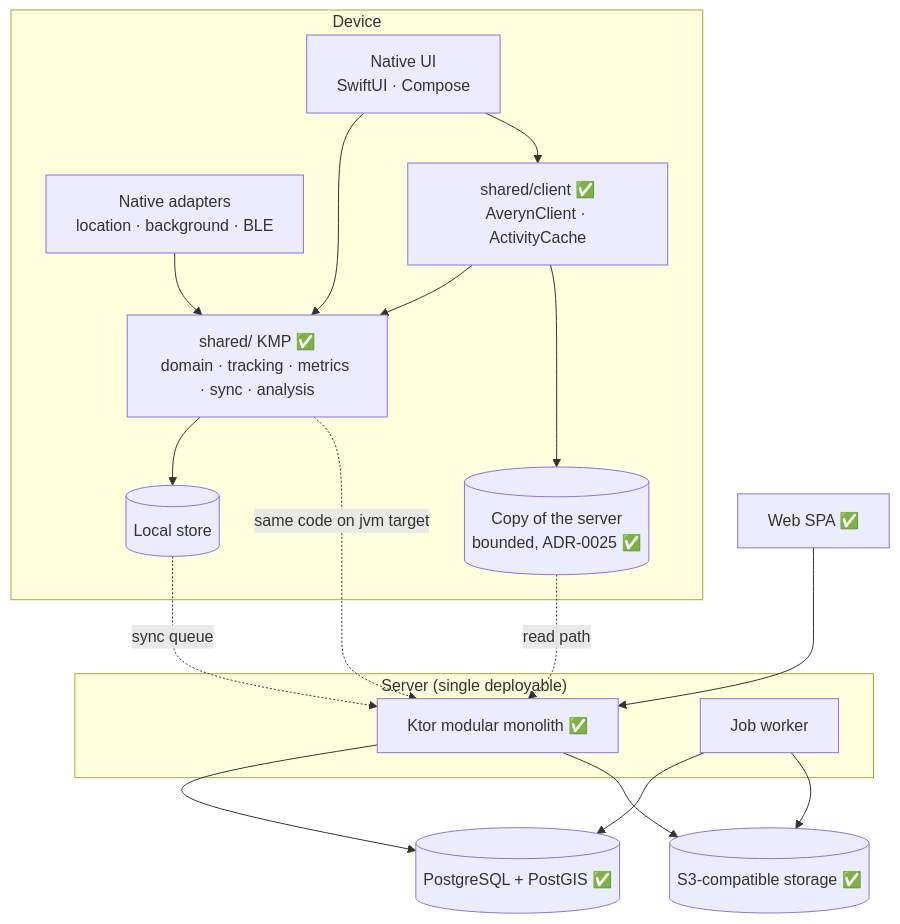
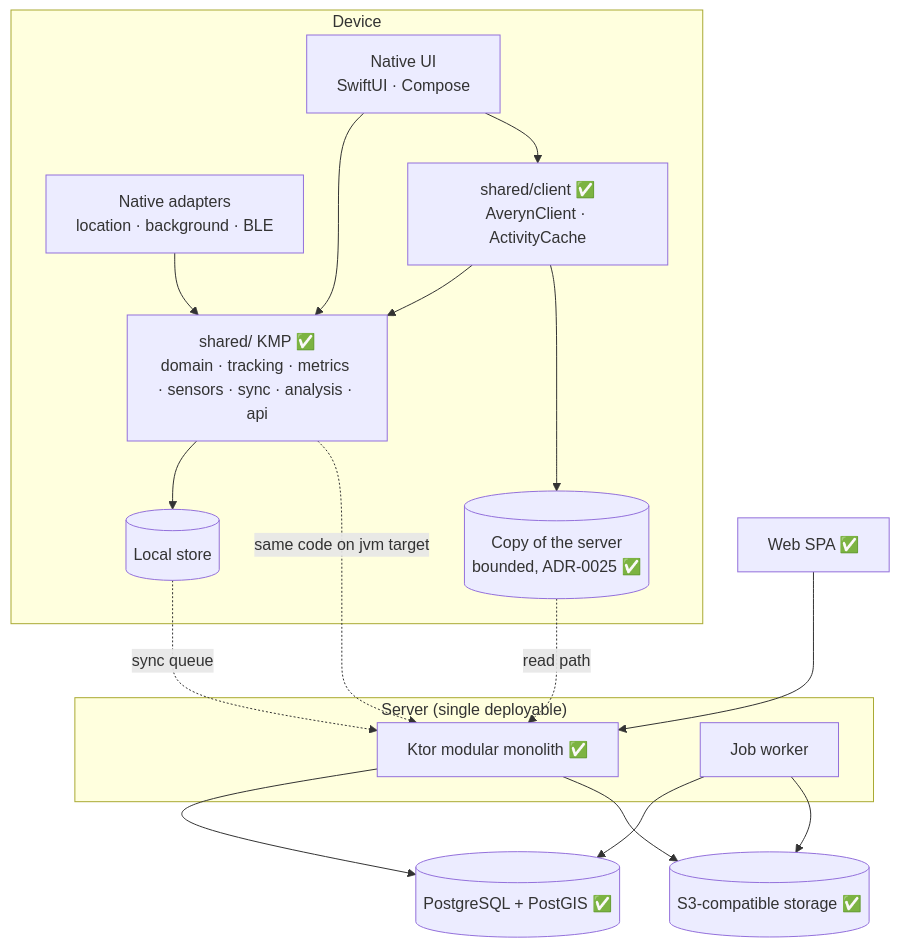
The second of 2 diagrams in docs/architecture/overview.md (AlessioBrillo/averyn), drawn with Mermaid before and after one commit. The commit also changed other lines of this file and 20 other files, not shown here.

````diff
--- a/docs/architecture/overview.md
+++ b/docs/architecture/overview.md
@@ -34,24 +34,24 @@
 ```mermaid
 flowchart TB
   subgraph device["Device"]
-    ui[Native UI<br/>SwiftUI · Compose] --> sh[shared/ KMP ✅<br/>domain · tracking · metrics · sync · analysis]
+    ui[Native UI<br/>SwiftUI · Compose] --> sh[shared/ KMP ✅<br/>domain · tracking · metrics · sensors · sync · analysis · api]
     nat[Native adapters<br/>location · background · BLE] --> sh
     sh --> local[(Local store)]
     cli[shared/client ✅<br/>AverynClient · ActivityCache] --> sh
     cli --> cache[(Copy of the server<br/>bounded, ADR-0025 ✅)]
     ui --> cli
   end
   subgraph server["Server (single deployable)"]
     ktor[Ktor modular monolith ✅]
     jobs[Job worker]
   end
   pg[(PostgreSQL + PostGIS ✅)]
   s3[(S3-compatible storage ✅)]
   spa[Web SPA ✅]
   local -.sync queue.-> ktor
   spa --> ktor
   ktor --> pg & s3
   jobs --> pg & s3
   sh -. same code on jvm target .-> ktor
   cache -. read path .-> ktor
 ```
````
